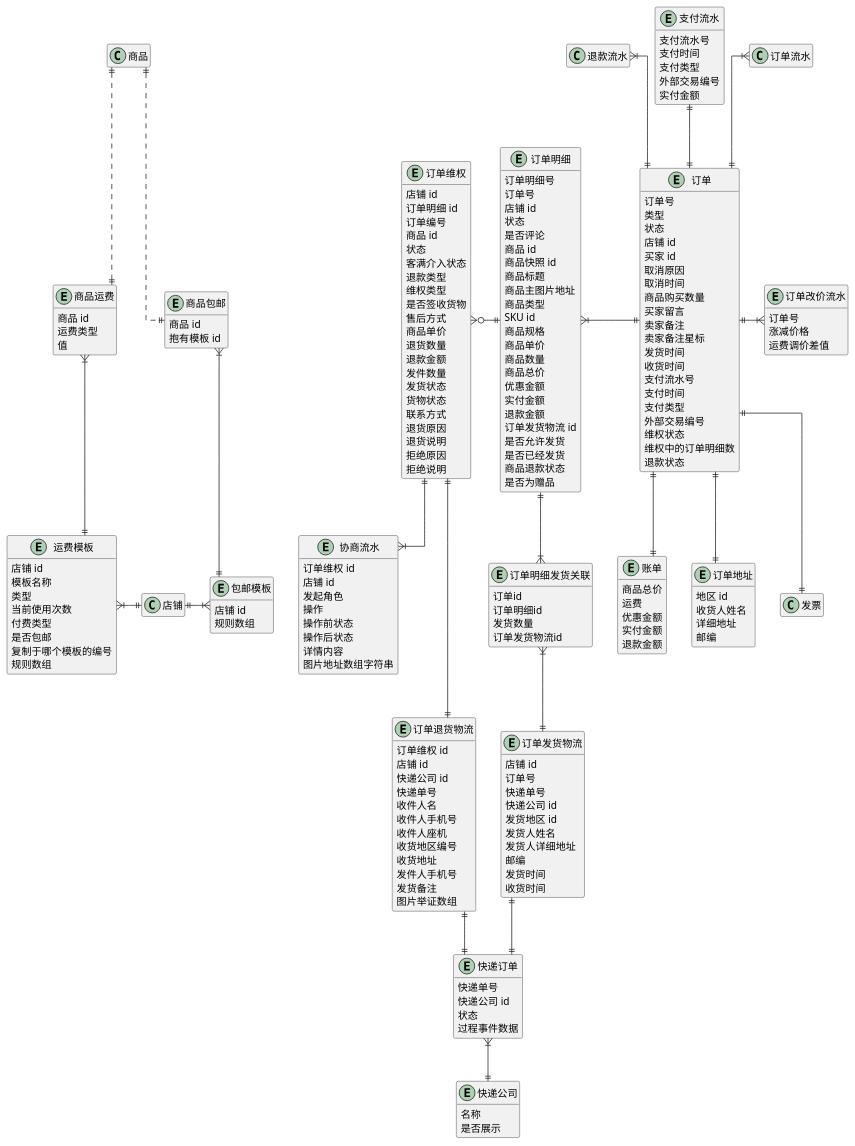
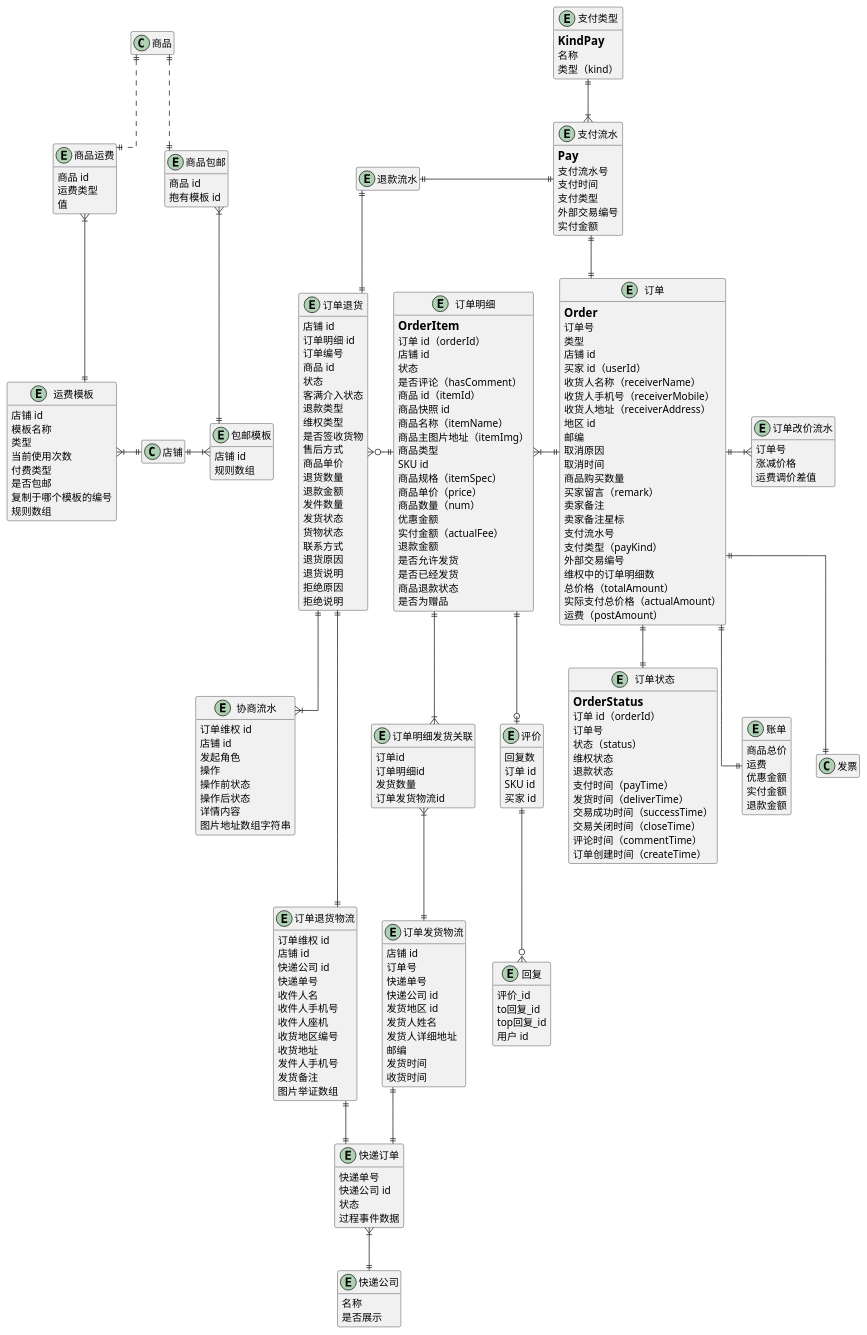
Before and after one commit to awesomecat2020/mock-mall: the diagram in doc/订单.puml, drawn with PlantUML. The commit also changed 2 other files, not shown here.

Commit message:
order & item design

```diff
--- a/doc/订单.puml
+++ b/doc/订单.puml
@@ -4,13 +4,18 @@
 
 ' ==================== 订单 ====================
 entity 订单 {
+==Order
     订单号
     ' 普通/拼团/代付/送礼/社区团购/海淘/秒杀
     类型
-    ' 待付款/待发货/待收货/已完成/已关闭
-    状态
     店铺 id
-    买家 id
+    买家 id（userId）
+    收货人名称（receiverName）
+    收货人手机号（receiverMobile）
+    收货人地址（receiverAddress）
+    ' 用户地址从复制得到
+    地区 id
+    邮编
     ' 1-超时未支付
     ' 2-退款关闭
     ' 4-买家取消
@@ -23,18 +28,25 @@
     取消时间
     ' 明细数量之和
     商品购买数量
-    买家留言
+    买家留言（remark）
     卖家备注
     卖家备注星标
-    ' 全部发货后填写
-    发货时间
-    ' 全部收货后填写
-    收货时间
     ' 冗余支付流水
     支付流水号
-    支付时间
-    支付类型
+    支付类型（payKind）
     外部交易编号
+    维权中的订单明细数
+    总价格（totalAmount）
+    实际支付总价格（actualAmount）
+    ' 默认可以为零，代表包邮
+    运费（postAmount）
+}
+entity 订单状态 {
+==OrderStatus
+    订单 id（orderId）
+    订单号
+    ' 待付款/待发货/待收货/已完成/已关闭
+    状态（status）
     ' 0 无维权
     ' 1 顾客发起维权
     ' 2 顾客拒绝商家的处理结果
@@ -43,7 +55,6 @@
     ' 101 维权处理中
     ' 110 维权结束
     维权状态
-    维权中的订单明细数
     ' 0 - NO_REFUND（无退款）
     ' 1 - PARTIAL_REFUNDING（部分退款中）
     ' 2 - PARTIAL_REFUNDED（已部分退款）
@@ -52,6 +63,12 @@
     ' 12 - FULL_REFUNDED（已全额退款）
     ' 13 - FULL_REFUND_FAILED（全额退款失败）
     退款状态
+    支付时间（payTime）
+    发货时间（deliverTime）
+    交易成功时间（successTime）
+    交易关闭时间（closeTime）
+    评论时间（commentTime）
+    订单创建时间（createTime）
 }
 entity 账单 {
     ' 明细求和
@@ -65,32 +82,29 @@
     退款金额
 }
 entity 订单明细 {
-    订单明细号
-    订单号
+==OrderItem
+    订单 id（orderId）
     店铺 id
     ' 待付款/待发货/待收货/已完成/已关闭
     状态
-    是否评论
-    商品 id
+    是否评论（hasComment）
+    商品 id（itemId）
     商品快照 id
     ' 冗余商品字段
-    商品标题
+    商品名称（itemName）
     ' 冗余商品字段
-    商品主图片地址
+    商品主图片地址（itemImg）
     ' 冗余商品字段
     商品类型
     SKU id
     ' json
-    商品规格
-    商品单价
-    商品数量
-    ' 单价 * 数量
-    商品总价
+    商品规格（itemSpec）
+    商品单价（price）
+    商品数量（num）
     优惠金额
     ' 商品总价 - 优惠金额
-    实付金额
+    实付金额（actualFee）
     退款金额
-    订单发货物流 id
     是否允许发货
     是否已经发货
     ' 0 - 无退款
@@ -104,14 +118,8 @@
     涨减价格
     运费调价差值
 }
-entity 订单地址 {
-    ' 用户地址从复制得到
-    地区 id
-    收货人姓名
-    详细地址
-    邮编
-}
 entity 支付流水 {
+==Pay
     支付流水号
     支付时间
     '   1-WEIXIN (微信自有支付)
@@ -125,24 +133,28 @@
     '   9-COUPONPAY（优惠券/码全额抵扣)
     '   10-BULKPURCHASE（来自分销商的采购)
     '   11-MERGEDPAY (合并付货款)
-    '   12-ECARD（有赞E卡支付)
-    '   13-PREPAIDCARD (储值卡支付)
-    '   14-MARKPAY （标记支付）
-    '   15-OFCASH (现金支付)
+    '   12-PREPAIDCARD (储值卡支付)
+    '   13-MARKPAY （标记支付）
+    '   14-OFCASH (现金支付)
     支付类型
     ' 如果支付方式是微信支付，就是财付通的交易单号
     外部交易编号
     实付金额
 }
+entity 支付类型 {
+==KindPay
+    名称
+    类型（kind）
+}
+
 
 订单 ||--|| 账单
+订单 ||--|| 订单状态
 订单 ||-l-|{ 订单明细
-订单 ||-u-|{ 订单流水
 订单 ||--|| 发票
-订单 ||--|| 订单地址
 订单 ||-|{ 订单改价流水
 订单 ||-u-|| 支付流水
-订单 ||-u-|{ 退款流水
+支付流水 }|-u-|| 支付类型
 
 
 ' ==================== 物流 ====================
@@ -191,7 +203,7 @@
 
 
 ' ==================== 售后维权 ====================
-entity 订单维权 {
+entity 订单退货 {
     店铺 id
     订单明细 id
     订单编号
@@ -289,11 +301,16 @@
     ' 以逗号分隔
     图片举证数组
 }
+entity 退款流水 {
+}
 
-订单明细 ||-l-o{ 订单维权
-订单维权 ||--|{ 协商流水
-订单维权 ||--|| 订单退货物流
+订单明细 ||-l-o{ 订单退货
+订单退货 ||--|{ 协商流水
+订单退货 ||-u-|| 退款流水
+退款流水 ||-|| 支付流水
+订单退货 ||--|| 订单退货物流
 订单退货物流 ||--|| 快递订单
+
 
 
 ' ==================== 运费模版 ====================
@@ -353,4 +370,23 @@
 商品包邮 ||.u.|| 商品
 包邮模板 }|-l-|| 店铺
 
+
+' ==================== 评价 ====================
+entity 评价 {
+    回复数
+    订单 id
+    SKU id
+    买家 id
+}
+entity 回复 {
+    评价_id
+    to回复_id
+    top回复_id
+    用户 id
+}
+
+
+订单明细 ||--o| 评价
+评价 ||--o{ 回复
+
 @enduml
```
